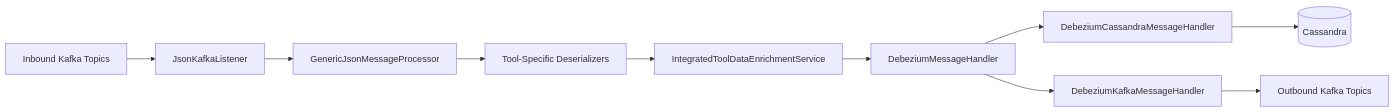
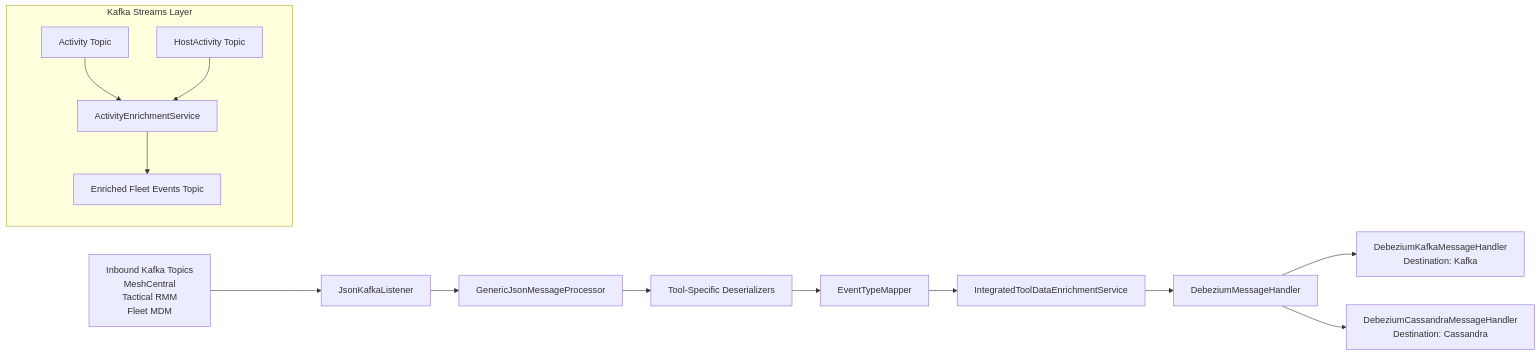
Before and after one commit to flamingo-stack/openframe-oss-lib: the first of 7 diagrams in docs/reference/architecture/stream-processing-core/stream-processing-core.md, drawn with Mermaid. The commit also changed other lines of this file and 172 other files, not shown here.

````diff
--- a/docs/reference/architecture/stream-processing-core/stream-processing-core.md
+++ b/docs/reference/architecture/stream-processing-core/stream-processing-core.md
@@ -18,12 +18,20 @@
 ```mermaid
 flowchart LR
-    InboundTopics["Inbound Kafka Topics"] --> JsonListener["JsonKafkaListener"]
+    KafkaInbound["Inbound Kafka Topics<br/>MeshCentral<br/>Tactical RMM<br/>Fleet MDM"] --> JsonListener["JsonKafkaListener"]
     JsonListener --> Processor["GenericJsonMessageProcessor"]
+
     Processor --> Deserializers["Tool-Specific Deserializers"]
-    Deserializers --> Enrichment["IntegratedToolDataEnrichmentService"]
-    Enrichment --> Handlers["DebeziumMessageHandler"]
-    Handlers --> CassandraHandler["DebeziumCassandraMessageHandler"]
-    Handlers --> KafkaHandler["DebeziumKafkaMessageHandler"]
-    CassandraHandler --> CassandraDB[("Cassandra")]
-    KafkaHandler --> OutboundTopics["Outbound Kafka Topics"]
+    Deserializers --> Mapper["EventTypeMapper"]
+    Mapper --> Enrichment["IntegratedToolDataEnrichmentService"]
+
+    Enrichment --> Handler["DebeziumMessageHandler"]
+
+    Handler --> KafkaOut["DebeziumKafkaMessageHandler<br/>Destination: Kafka"]
+    Handler --> CassandraOut["DebeziumCassandraMessageHandler<br/>Destination: Cassandra"]
+
+    subgraph streams_layer["Kafka Streams Layer"]
+        ActivityStream["Activity Topic"] --> Joiner["ActivityEnrichmentService"]
+        HostStream["HostActivity Topic"] --> Joiner
+        Joiner --> EnrichedTopic["Enriched Fleet Events Topic"]
+    end
 ```
````
